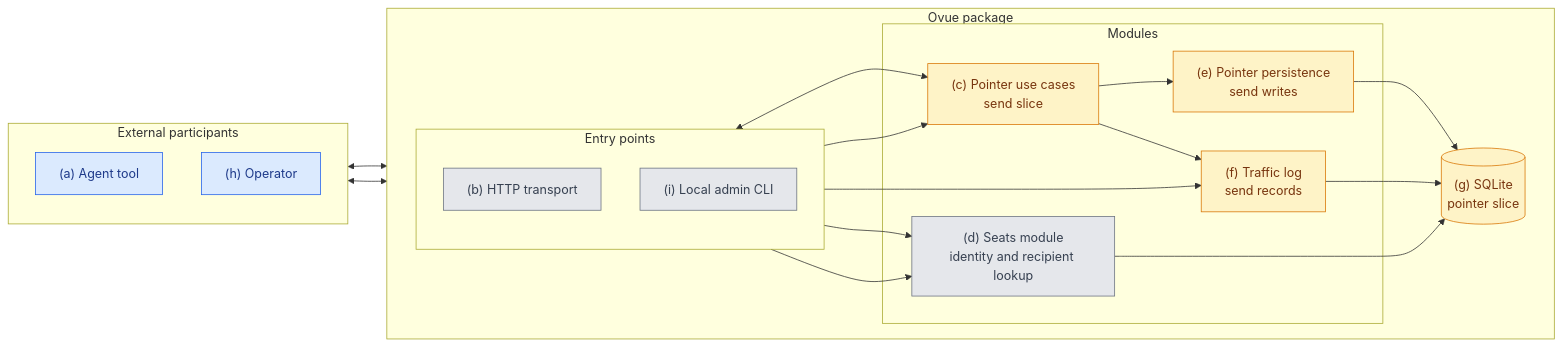
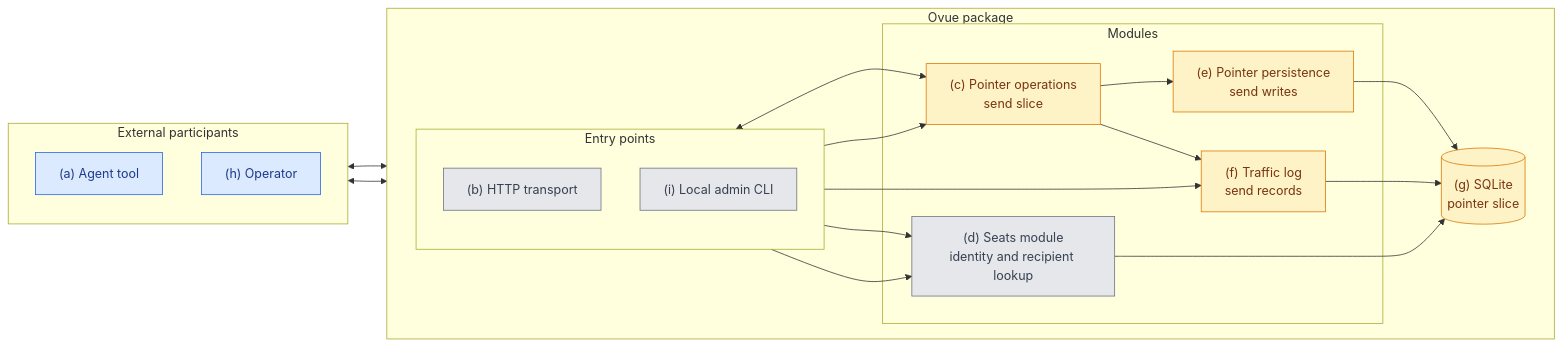
The first of 2 diagrams in spec.md (afroguy16/ovue), drawn with Mermaid before and after one commit. The commit also changed other lines of this file, not shown here.

````diff
--- a/spec.md
+++ b/spec.md
@@ -53,46 +53,46 @@
 ```mermaid
 flowchart LR
     subgraph People[External participants]
         direction TB
         Agent["(a) Agent tool"]
         Operator["(h) Operator"]
     end
 
     subgraph Ovue["Ovue package"]
         direction LR
         subgraph Entry["Entry points"]
             direction TB
             HTTP["(b) HTTP transport"]
             Admin["(i) Local admin CLI"]
         end
 
         subgraph Modules["Modules"]
-            Pointer["(c) Pointer use cases<br/>send slice"]
+            Pointer["(c) Pointer operations<br/>send slice"]
             Auth["(d) Seats module<br/>identity and recipient lookup"]
             Store["(e) Pointer persistence<br/>send writes"]
             Log["(f) Traffic log<br/>send records"]
             Pointer --> Store
             Pointer --> Log
         end
 
         SQLite[("(g) SQLite<br/>pointer slice")]
         Store --> SQLite
         Log --> SQLite
         Auth --> SQLite
     end
 
     Agent <--> HTTP
     Operator <--> Admin
     HTTP <--> Pointer
     HTTP --> Auth
     Admin --> Pointer
     Admin --> Auth
     Admin --> Log
 
     classDef partial fill:#fef3c7,stroke:#d97706,color:#78350f;
     classDef todo fill:#e5e7eb,stroke:#6b7280,color:#374151;
     classDef external fill:#dbeafe,stroke:#2563eb,color:#1e3a8a;
     class Pointer,Store,Log,SQLite partial;
     class HTTP,Admin,Auth todo;
     class Agent,Operator external;
 ```
````
